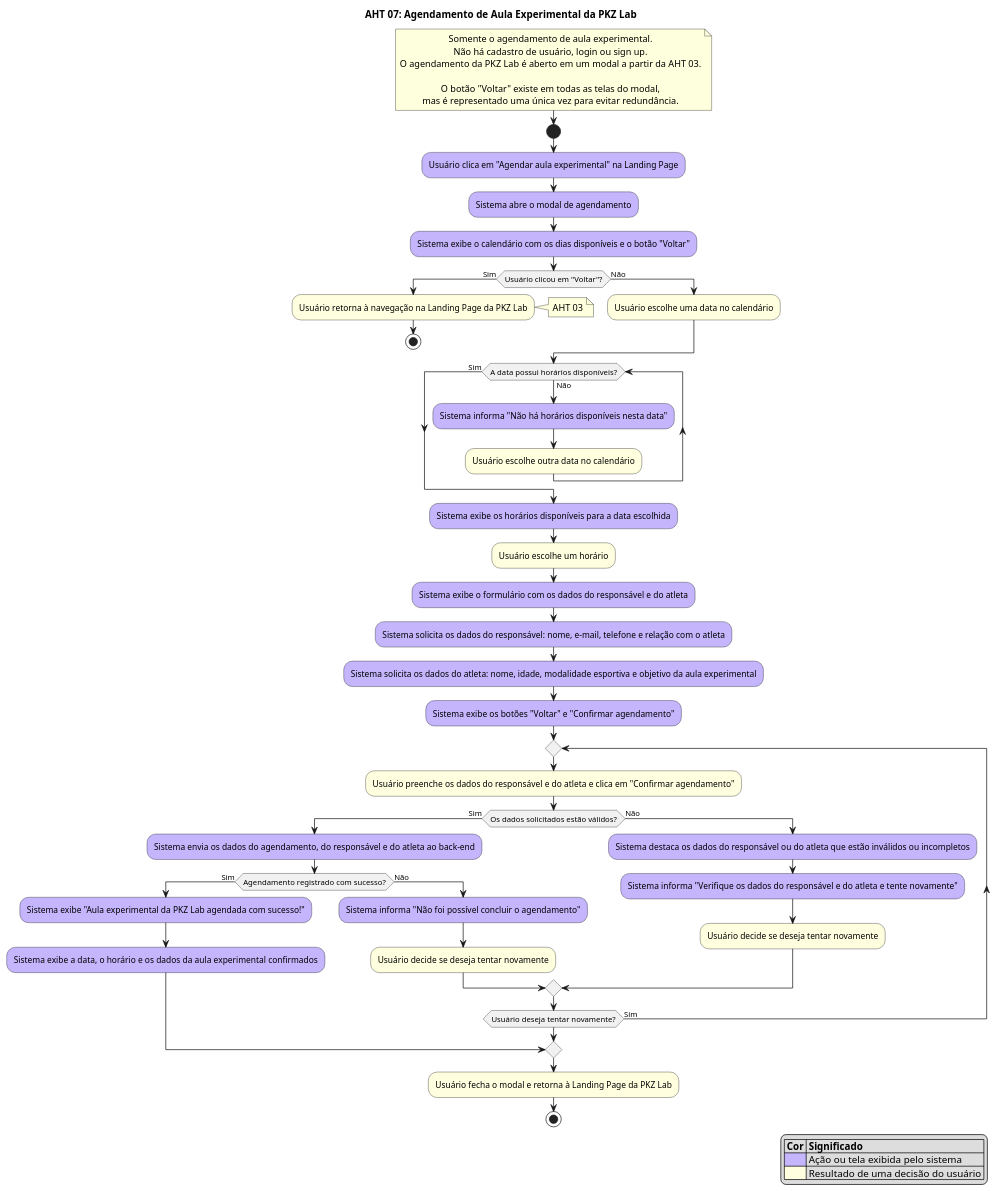
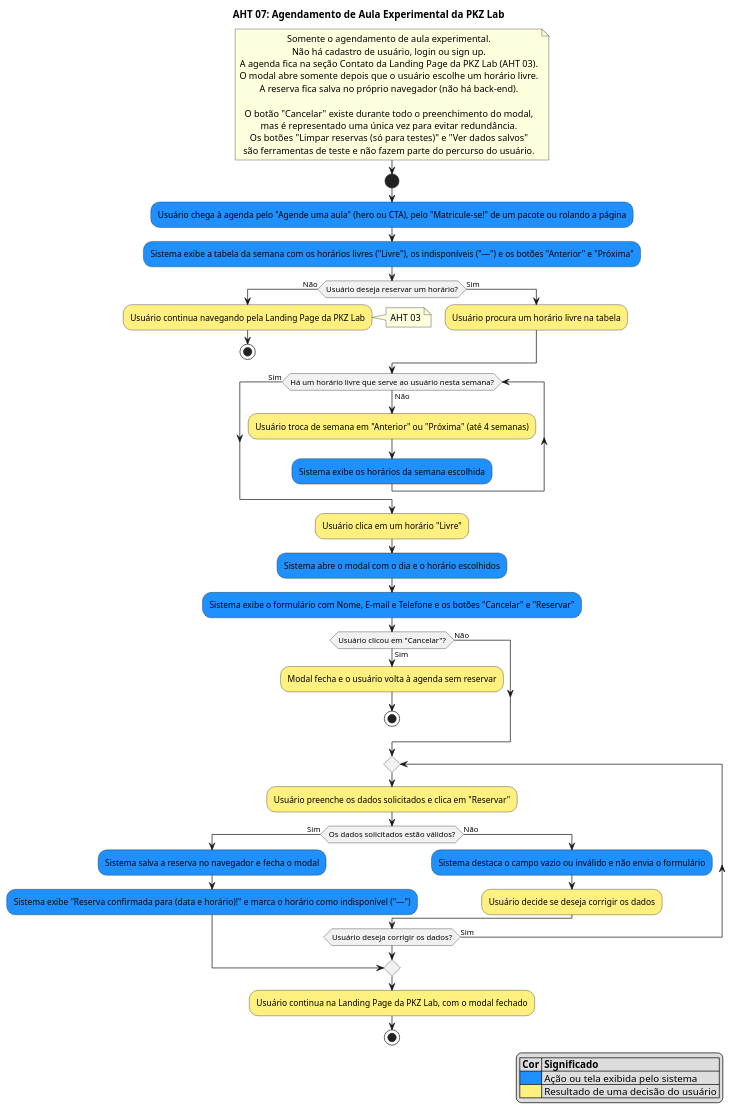
Before and after one commit to tav-ibmec/PFE-2026-2-Grupo-1-vanila: the diagram in Documentos/AHTs/AHT07-PKZ-agendamento.puml, drawn with PlantUML. The commit also changed 1 other file, not shown here.

Commit message:
Atualizando a AHT 07

```diff
--- a/Documentos/AHTs/AHT07-PKZ-agendamento.puml
+++ b/Documentos/AHTs/AHT07-PKZ-agendamento.puml
@@ -1,76 +1,72 @@
 @startuml AHT07-PKZLab-agendamento
 
 skinparam DefaultTextAlignment center
 
 title AHT 07: Agendamento de Aula Experimental da PKZ Lab
 
 note right
   Somente o agendamento de aula experimental.
   Não há cadastro de usuário, login ou sign up.
-  O agendamento da PKZ Lab é aberto em um modal a partir da AHT 03.
+  A agenda fica na seção Contato da Landing Page da PKZ Lab (AHT 03).
+  O modal abre somente depois que o usuário escolhe um horário livre.
+  A reserva fica salva no próprio navegador (não há back-end).
 
-  O botão "Voltar" existe em todas as telas do modal,
+  O botão "Cancelar" existe durante todo o preenchimento do modal,
   mas é representado uma única vez para evitar redundância.
+  Os botões "Limpar reservas (só para testes)" e "Ver dados salvos"
+  são ferramentas de teste e não fazem parte do percurso do usuário.
 end note
 
 start
 
-#C4B5FD:Usuário clica em "Agendar aula experimental" na Landing Page;
-#C4B5FD:Sistema abre o modal de agendamento;
-#C4B5FD:Sistema exibe o calendário com os dias disponíveis e o botão "Voltar";
+#1E90FF:Usuário chega à agenda pelo "Agende uma aula" (hero ou CTA), pelo "Matricule-se!" de um pacote ou rolando a página;
+#1E90FF:Sistema exibe a tabela da semana com os horários livres ("Livre"), os indisponíveis ("—") e os botões "Anterior" e "Próxima";
 
-if (Usuário clicou em "Voltar"?) then (Sim)
-  #lightyellow:Usuário retorna à navegação na Landing Page da PKZ Lab;
+if (Usuário deseja reservar um horário?) then (Não)
+  #FFF07F:Usuário continua navegando pela Landing Page da PKZ Lab;
   note right: AHT 03
   stop
-else (Não)
-  #lightyellow:Usuário escolhe uma data no calendário;
+else (Sim)
+  #FFF07F:Usuário procura um horário livre na tabela;
 endif
 
-while (A data possui horários disponíveis?) is (Não)
-  #C4B5FD:Sistema informa "Não há horários disponíveis nesta data";
-  #lightyellow:Usuário escolhe outra data no calendário;
+while (Há um horário livre que serve ao usuário nesta semana?) is (Não)
+  #FFF07F:Usuário troca de semana em "Anterior" ou "Próxima" (até 4 semanas);
+  #1E90FF:Sistema exibe os horários da semana escolhida;
 endwhile (Sim)
 
-#C4B5FD:Sistema exibe os horários disponíveis para a data escolhida;
-#lightyellow:Usuário escolhe um horário;
+#FFF07F:Usuário clica em um horário "Livre";
+#1E90FF:Sistema abre o modal com o dia e o horário escolhidos;
+#1E90FF:Sistema exibe o formulário com Nome, E-mail e Telefone e os botões "Cancelar" e "Reservar";
 
-#C4B5FD:Sistema exibe o formulário com os dados do responsável e do atleta;
-#C4B5FD:Sistema solicita os dados do responsável: nome, e-mail, telefone e relação com o atleta;
-#C4B5FD:Sistema solicita os dados do atleta: nome, idade, modalidade esportiva e objetivo da aula experimental;
-#C4B5FD:Sistema exibe os botões "Voltar" e "Confirmar agendamento";
+if (Usuário clicou em "Cancelar"?) then (Sim)
+  #FFF07F:Modal fecha e o usuário volta à agenda sem reservar;
+  stop
+else (Não)
+endif
 
 repeat
-  #lightyellow:Usuário preenche os dados do responsável e do atleta e clica em "Confirmar agendamento";
+  #FFF07F:Usuário preenche os dados solicitados e clica em "Reservar";
 
   if (Os dados solicitados estão válidos?) then (Sim)
-    #C4B5FD:Sistema envia os dados do agendamento, do responsável e do atleta ao back-end;
-
-    if (Agendamento registrado com sucesso?) then (Sim)
-      #C4B5FD:Sistema exibe "Aula experimental da PKZ Lab agendada com sucesso!";
-      #C4B5FD:Sistema exibe a data, o horário e os dados da aula experimental confirmados;
-      break
-    else (Não)
-      #C4B5FD:Sistema informa "Não foi possível concluir o agendamento";
-      #lightyellow:Usuário decide se deseja tentar novamente;
-    endif
-
+    #1E90FF:Sistema salva a reserva no navegador e fecha o modal;
+    #1E90FF:Sistema exibe "Reserva confirmada para (data e horário)!" e marca o horário como indisponível ("—");
+    break
   else (Não)
-    #C4B5FD:Sistema destaca os dados do responsável ou do atleta que estão inválidos ou incompletos;
-    #C4B5FD:Sistema informa "Verifique os dados do responsável e do atleta e tente novamente";
-    #lightyellow:Usuário decide se deseja tentar novamente;
+    #1E90FF:Sistema destaca o campo vazio ou inválido e não envia o formulário;
+    #FFF07F:Usuário decide se deseja corrigir os dados;
   endif
 
-repeat while (Usuário deseja tentar novamente?) is (Sim)
+repeat while (Usuário deseja corrigir os dados?) is (Sim)
 
-#lightyellow:Usuário fecha o modal e retorna à Landing Page da PKZ Lab;
+#FFF07F:Usuário continua na Landing Page da PKZ Lab, com o modal fechado;
 
 stop
 
 legend right
   |= Cor |= Significado |
-  |<#C4B5FD>| Ação ou tela exibida pelo sistema |
-  |<#lightyellow>| Resultado de uma decisão do usuário |
+  |<#1E90FF>| Ação ou tela exibida pelo sistema |
+  |<#FFF07F>| Resultado de uma decisão do usuário |
 endlegend
 
 @enduml
```
